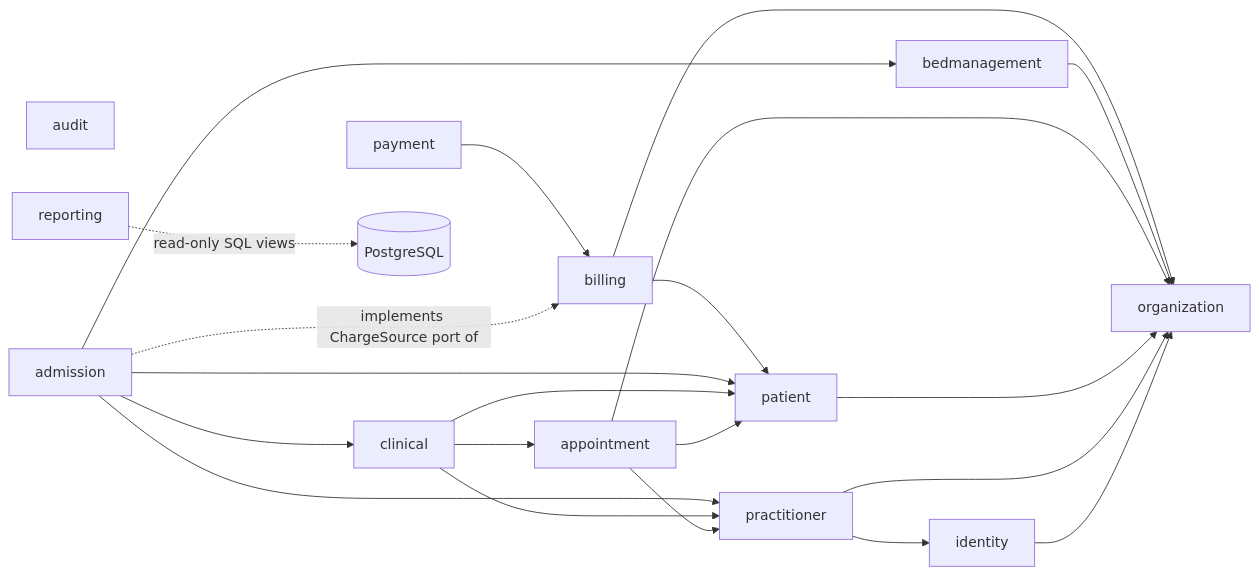
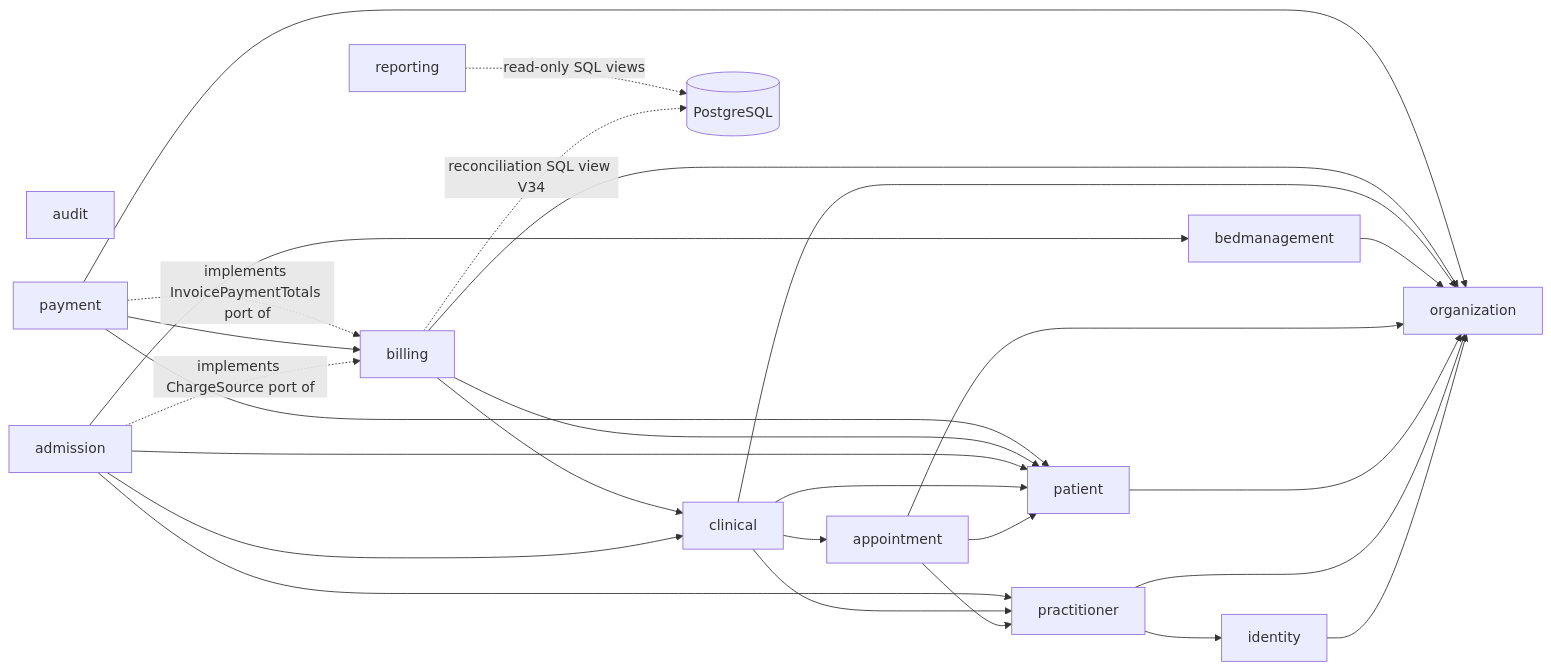
One commit to Samyak-Shreyash/hostpital-manager changed the fourth of 10 diagrams in docs/architecture/hld.md. Above: the diagram before and after it, drawn with Mermaid. The commit also changed other lines of this file and 3 other files, not shown here.

````diff
--- a/docs/architecture/hld.md
+++ b/docs/architecture/hld.md
@@ -70,25 +70,31 @@
 ```mermaid
 flowchart LR
   AUD[audit]
   ORG[organization]
   IDN[identity] --> ORG
   PRC[practitioner] --> ORG
   PRC --> IDN
   PAT[patient] --> ORG
   APT[appointment] --> PAT
   APT --> ORG
   APT --> PRC
   CLN[clinical] --> PAT
   CLN --> PRC
   CLN --> APT
   BED[bedmanagement] --> ORG
   ADM[admission] --> PAT
   ADM --> PRC
   ADM --> BED
   ADM --> CLN
+  CLN --> ORG
   BIL[billing] --> PAT
   BIL --> ORG
+  BIL --> CLN
   ADM -.implements ChargeSource port of.-> BIL
   PAY[payment] --> BIL
-  RPT[reporting] -.read-only SQL views.-> DB[(PostgreSQL)]
+  PAY --> ORG
+  PAY --> PAT
+  PAY -.implements InvoicePaymentTotals port of.-> BIL
+  BIL -.reconciliation SQL view V34.-> DB[(PostgreSQL)]
+  RPT[reporting] -.read-only SQL views.-> DB
 ```
````
